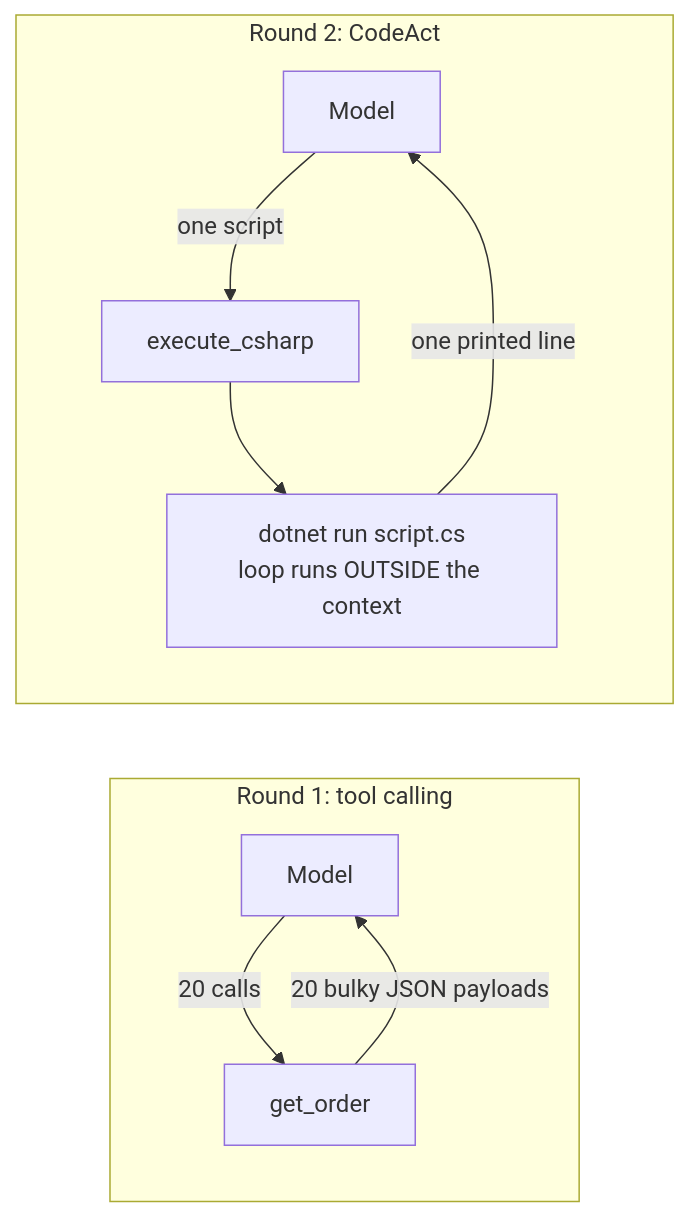
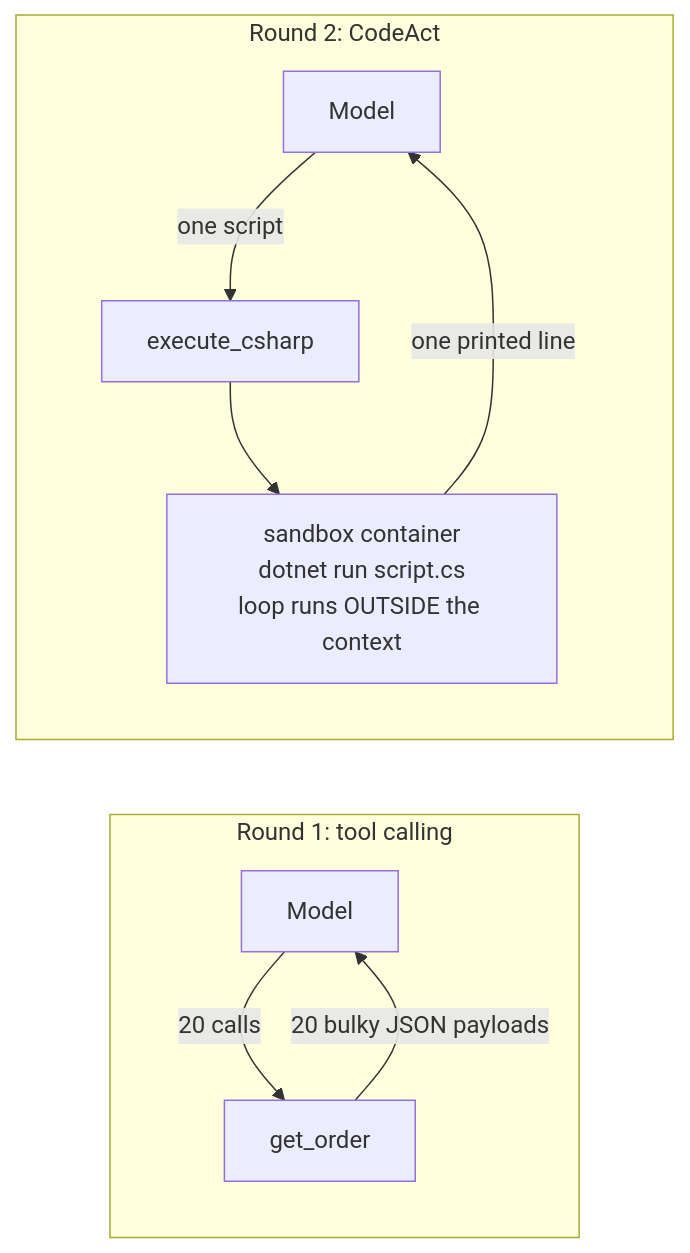
One commit to arst/agentic-patterns changed the diagram in PatternExplorer/patterns/CodeAct.md. Above: the diagram before and after it, drawn with Mermaid. The commit also changed other lines of this file and 14 other files, not shown here.

````diff
--- a/PatternExplorer/patterns/CodeAct.md
+++ b/PatternExplorer/patterns/CodeAct.md
@@ -47,12 +49,12 @@
 ```mermaid
 flowchart LR
     subgraph classic [Round 1: tool calling]
         M1[Model] -->|20 calls| T[get_order]
         T -->|20 bulky JSON payloads| M1
     end
     subgraph codeact [Round 2: CodeAct]
         M2[Model] -->|one script| E[execute_csharp]
-        E --> S["dotnet run script.cs<br/>loop runs OUTSIDE the context"]
+        E --> S["sandbox container<br/>dotnet run script.cs<br/>loop runs OUTSIDE the context"]
         S -->|one printed line| M2
     end
 ```
````
